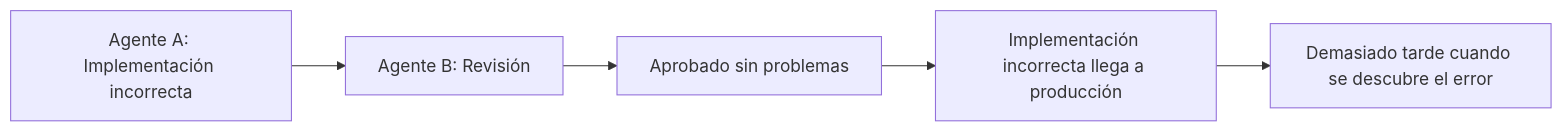
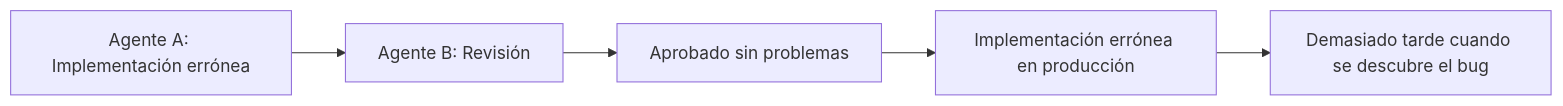
Before and after one commit to no-problem-dev/rick-brick-content: the diagram in articles/es/2026-03-18-spec-driven-development-ai-coding.md, drawn with Mermaid. The commit also changed other lines of this file and 126 other files, not shown here.

````diff
--- a/articles/es/2026-03-18-spec-driven-development-ai-coding.md
+++ b/articles/es/2026-03-18-spec-driven-development-ai-coding.md
@@ -38,7 +38,7 @@
 ```mermaid
 graph LR
-    A[Agente A: Implementación incorrecta] --> B[Agente B: Revisión]
+    A[Agente A: Implementación errónea] --> B[Agente B: Revisión]
     B --> C[Aprobado sin problemas]
-    C --> D[Implementación incorrecta llega a producción]
-    D --> E[Demasiado tarde cuando se descubre el error]
+    C --> D[Implementación errónea en producción]
+    D --> E[Demasiado tarde cuando se descubre el bug]
 ```
````
